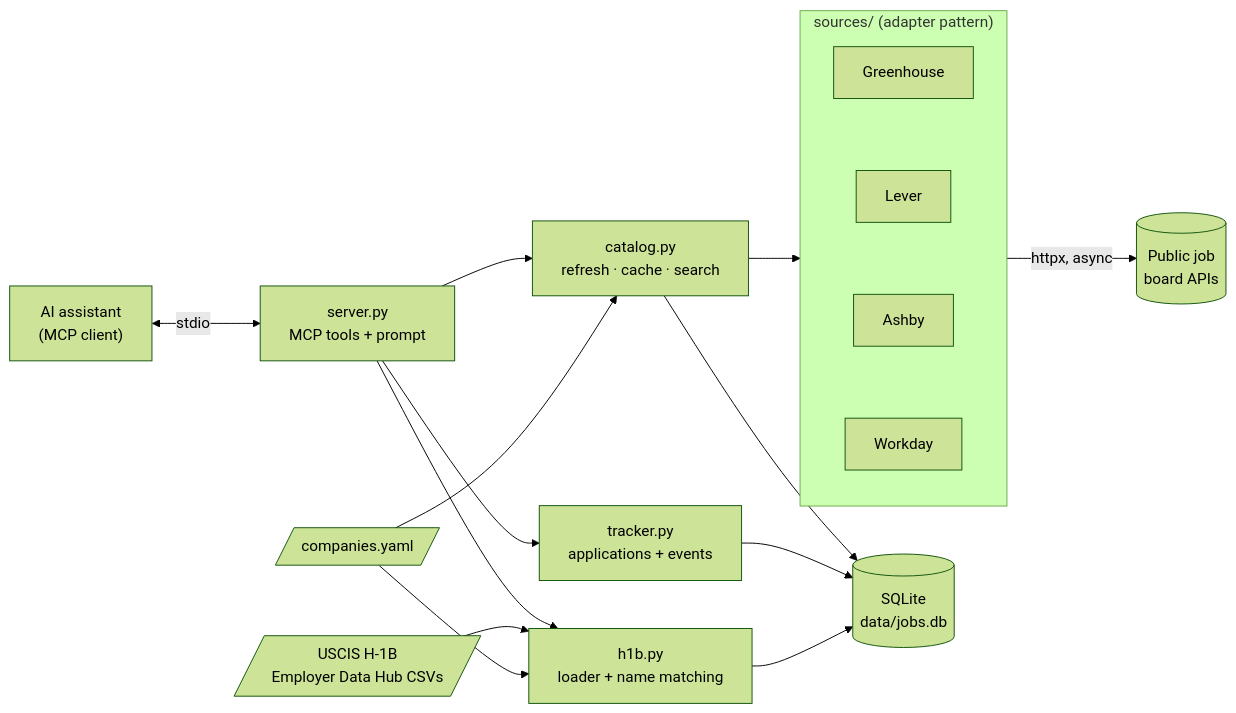
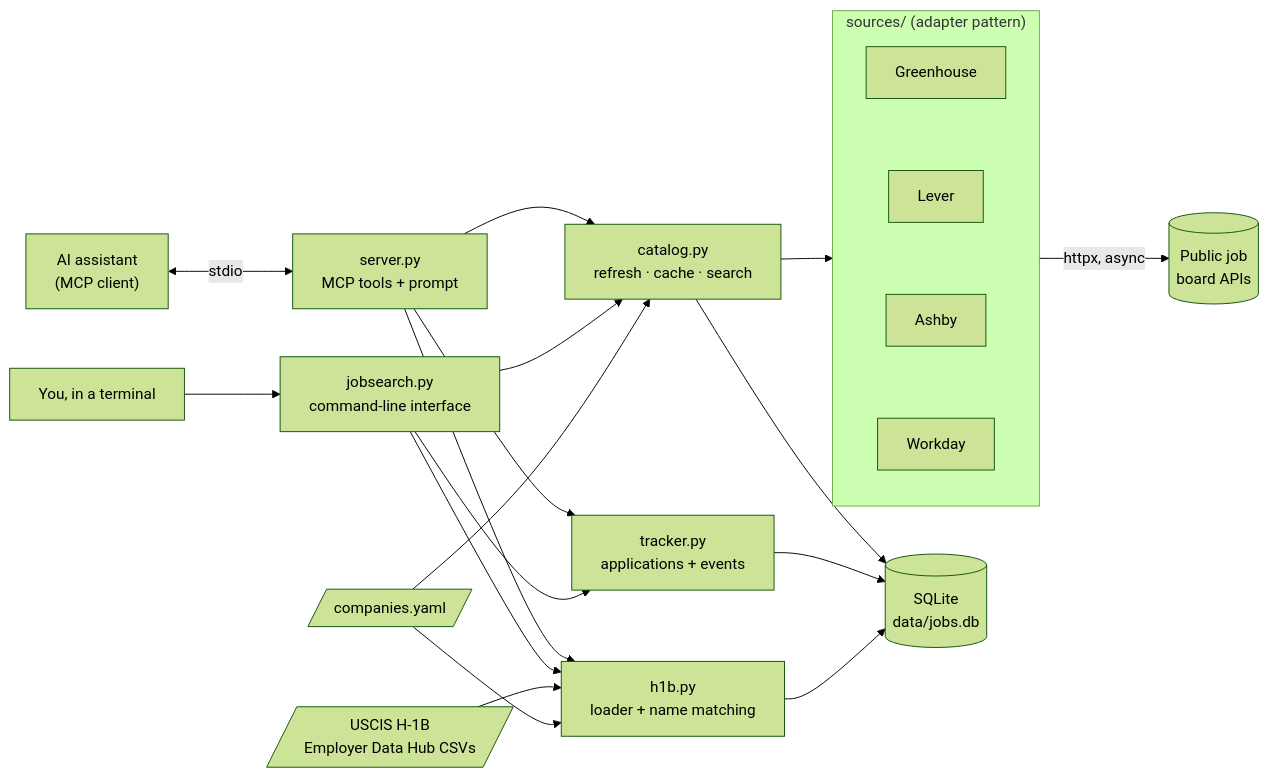
One commit to manishnadendla10/mcp_server_job_search changed the diagram in README.md. Above: the diagram before and after it, drawn with Mermaid (forest theme). The commit also changed other lines of this file and 6 other files, not shown here.

First line of the commit message:
Add command-line interface for use without an AI assistant

````diff
--- a/README.md
+++ b/README.md
@@ -37,21 +64,25 @@
 ```mermaid
 flowchart LR
     Claude["AI assistant<br/>(MCP client)"] <-->|stdio| Server["server.py<br/>MCP tools + prompt"]
+    Human["You, in a terminal"] --> CLI["jobsearch.py<br/>command-line interface"]
 
     Server --> Catalog["catalog.py<br/>refresh · cache · search"]
     Server --> Tracker["tracker.py<br/>applications + events"]
     Server --> H1B["h1b.py<br/>loader + name matching"]
+    CLI --> Catalog
+    CLI --> Tracker
+    CLI --> H1B
 
     Catalog --> Adapters
     subgraph Adapters["sources/ (adapter pattern)"]
         GH[Greenhouse] ~~~ LV[Lever] ~~~ AB[Ashby] ~~~ WD[Workday]
     end
     Adapters -->|httpx, async| Boards[(Public job<br/>board APIs)]
 
     Catalog --> DB[(SQLite<br/>data/jobs.db)]
     Tracker --> DB
     H1B --> DB
     CSV[/USCIS H-1B<br/>Employer Data Hub CSVs/] --> H1B
     YAML[/companies.yaml/] --> Catalog
     YAML --> H1B
 ```
````
